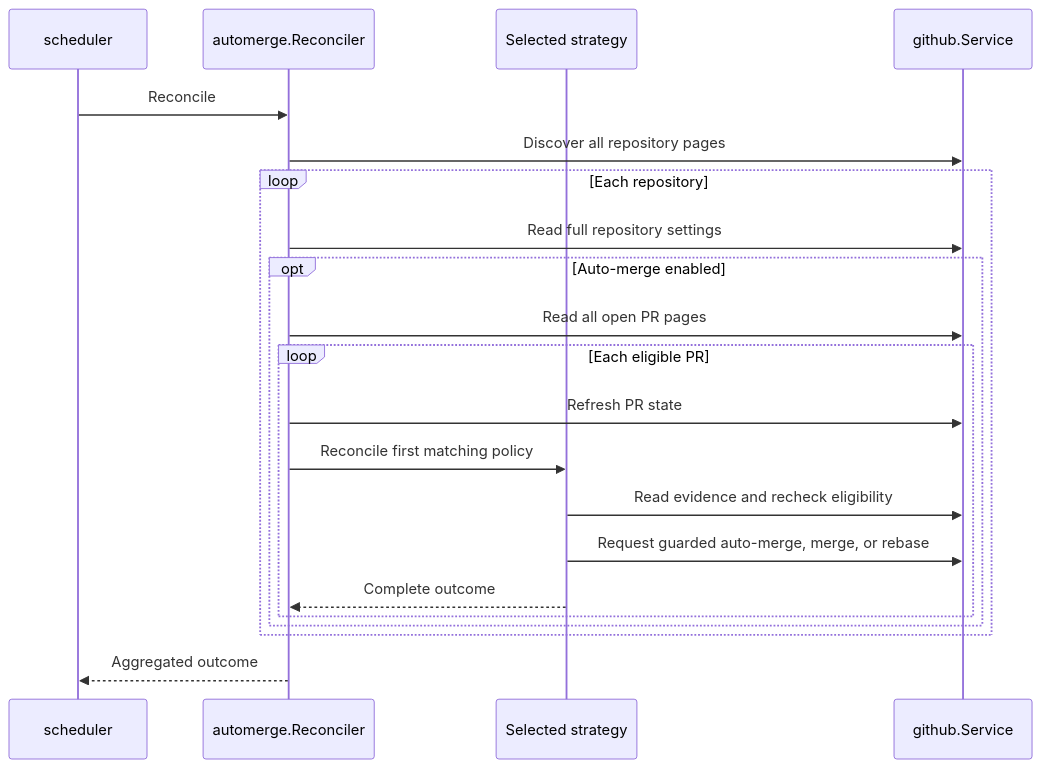
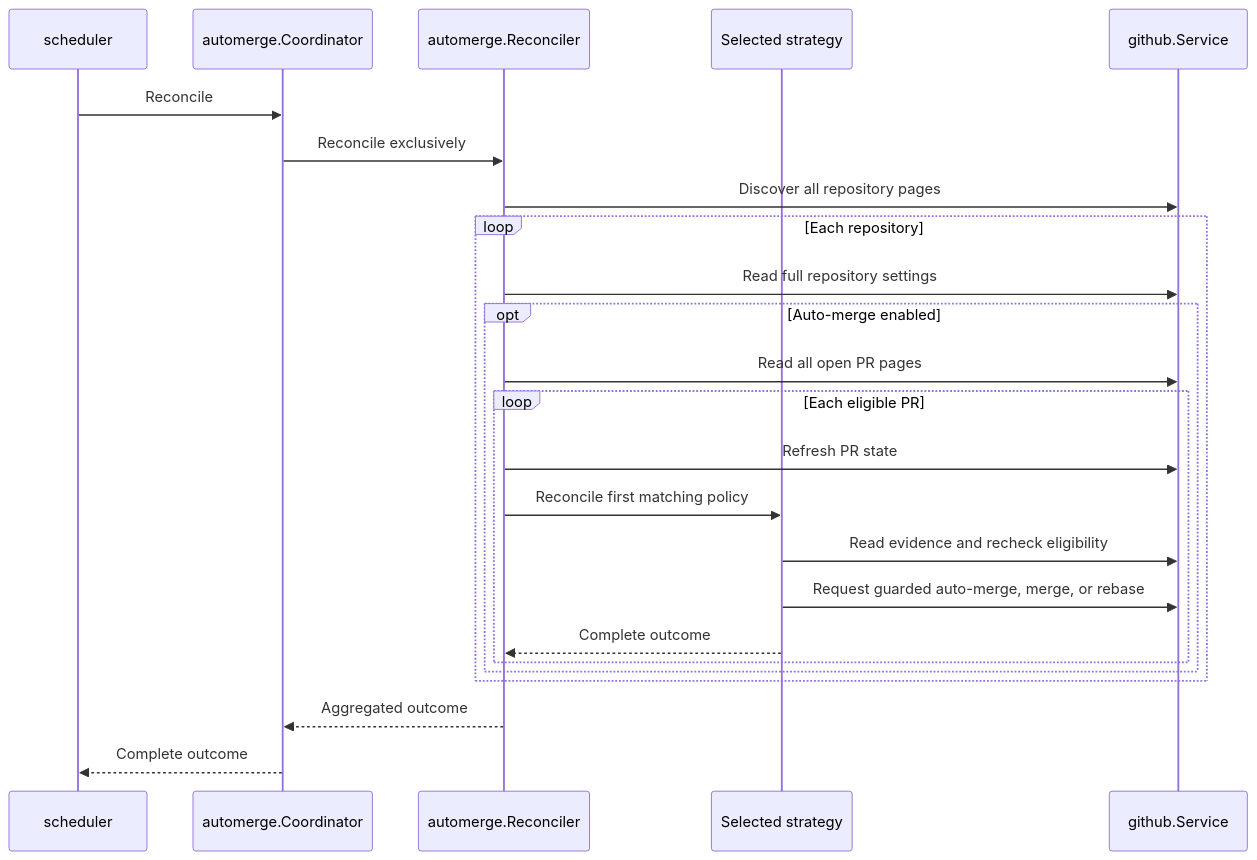
One commit to alexfalkowski/abgleich changed the first of 2 diagrams in README.md. Above: the diagram before and after it, drawn with Mermaid. The commit also changed other lines of this file and 38 other files, not shown here.

````diff
--- a/README.md
+++ b/README.md
@@ -526,23 +631,26 @@
 ```mermaid
 sequenceDiagram
     participant S as scheduler
+    participant C as automerge.Coordinator
     participant R as automerge.Reconciler
     participant P as Selected strategy
     participant G as github.Service
-    S->>R: Reconcile
+    S->>C: Reconcile
+    C->>R: Reconcile exclusively
     R->>G: Discover all repository pages
     loop Each repository
         R->>G: Read full repository settings
         opt Auto-merge enabled
             R->>G: Read all open PR pages
             loop Each eligible PR
                 R->>G: Refresh PR state
                 R->>P: Reconcile first matching policy
                 P->>G: Read evidence and recheck eligibility
                 P->>G: Request guarded auto-merge, merge, or rebase
                 P-->>R: Complete outcome
             end
         end
     end
-    R-->>S: Aggregated outcome
+    R-->>C: Aggregated outcome
+    C-->>S: Complete outcome
 ```
````
